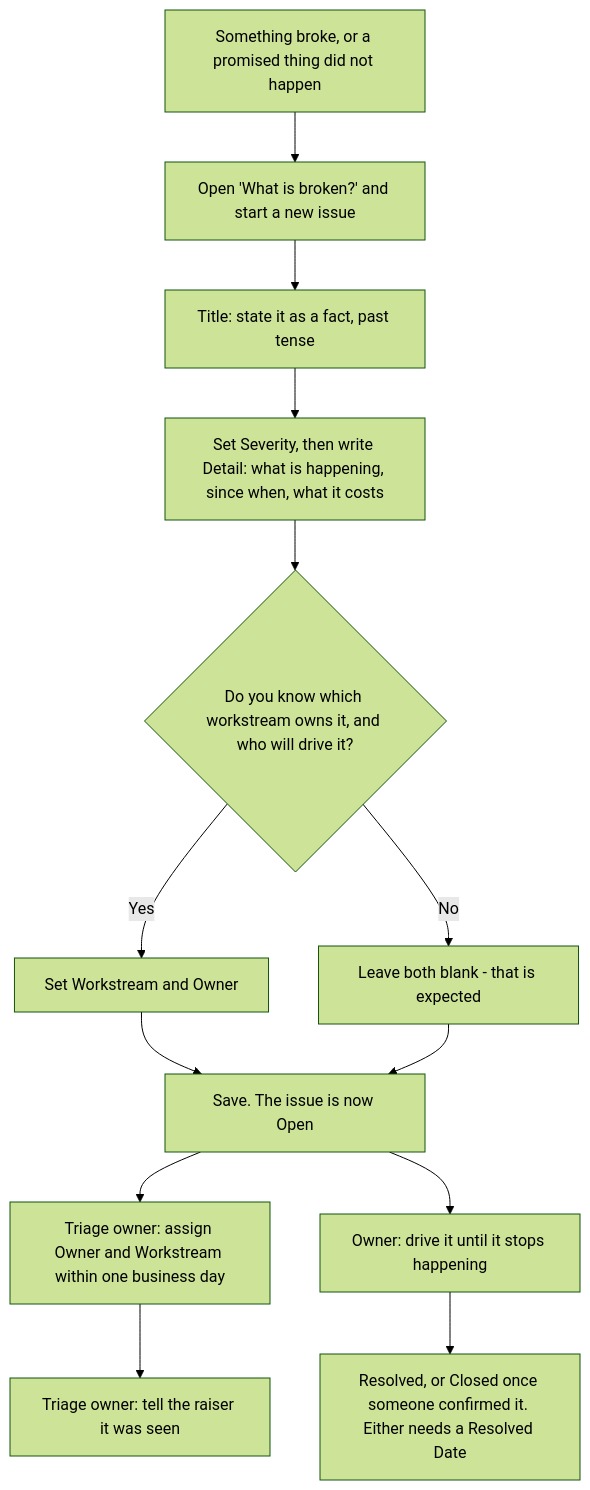
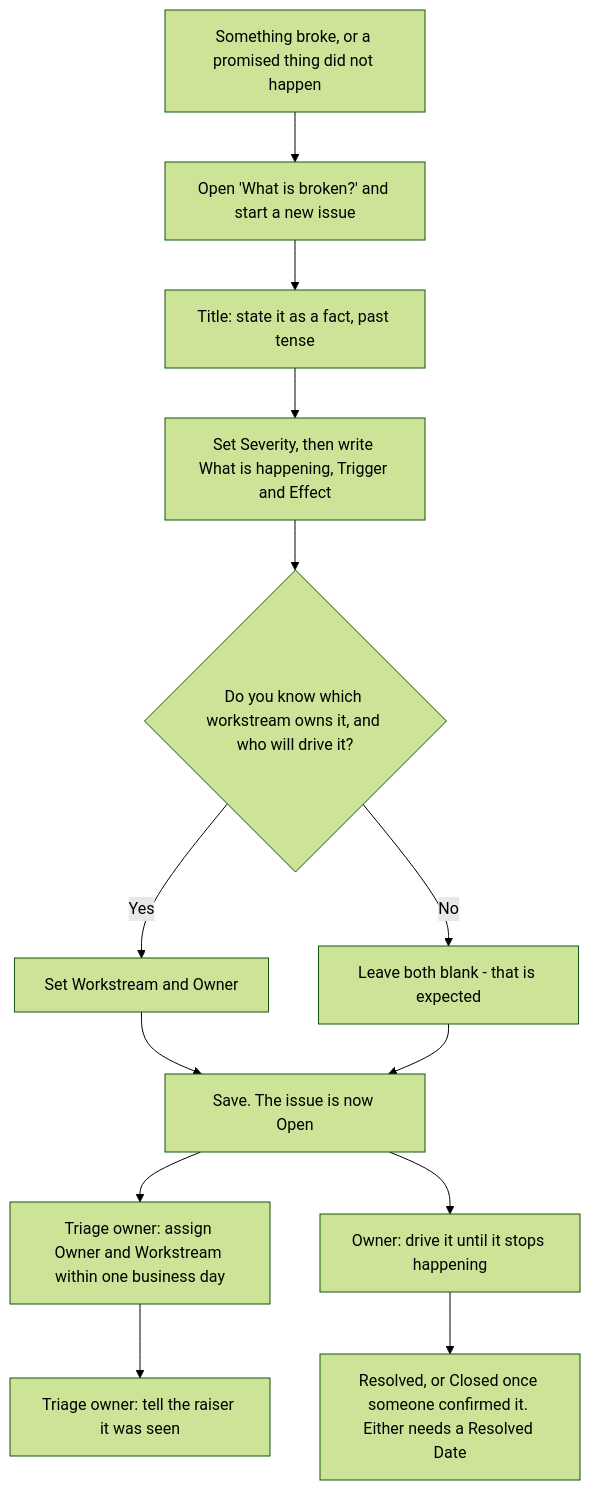
The diagram in src/dbml_sharepoint/solutions/programme-governance/40-adopt/workflows/raise-an-issue.md (firmfooting/dbml-sharepoint), drawn with Mermaid (forest theme) before and after one commit. The commit also changed other lines of this file and 17 other files, not shown here.

````diff
--- a/src/dbml_sharepoint/solutions/programme-governance/40-adopt/workflows/raise-an-issue.md
+++ b/src/dbml_sharepoint/solutions/programme-governance/40-adopt/workflows/raise-an-issue.md
@@ -11,15 +11,15 @@
 ```mermaid
 flowchart TD
     A["Something broke, or a promised thing did not happen"] --> B["Open 'What is broken?' and start a new issue"]
     B --> C["Title: state it as a fact, past tense"]
-    C --> D["Set Severity, then write Detail: what is happening, since when, what it costs"]
+    C --> D["Set Severity, then write What is happening, Trigger and Effect"]
     D --> E{"Do you know which workstream owns it, and who will drive it?"}
     E -- "Yes" --> F["Set Workstream and Owner"]
     E -- "No" --> G["Leave both blank - that is expected"]
     F --> H["Save. The issue is now Open"]
     G --> H
     H --> I["Triage owner: assign Owner and Workstream within one business day"]
     I --> J["Triage owner: tell the raiser it was seen"]
     H --> K["Owner: drive it until it stops happening"]
     K --> L["Resolved, or Closed once someone confirmed it. Either needs a Resolved Date"]
 ```
````
